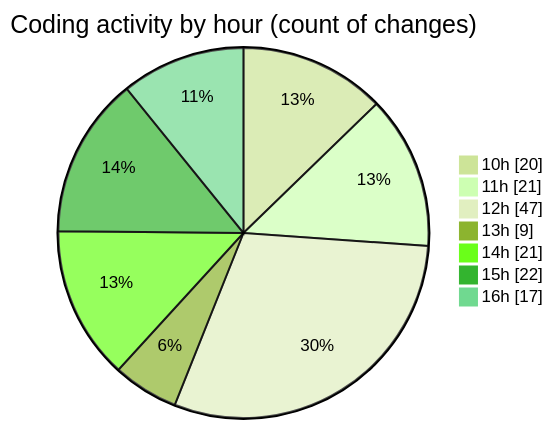
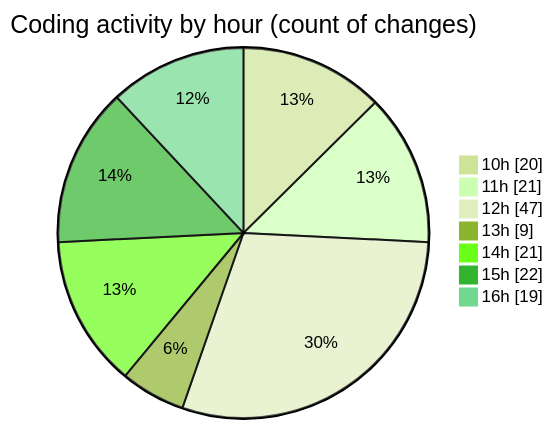
The second of 2 diagrams in 2025-05-20/cda/README.md (momahboobian/code-tracking), drawn with Mermaid (forest theme) before and after one commit. The commit also changed other lines of this file and 1 other file, not shown here.

````diff
--- a/2025-05-20/cda/README.md
+++ b/2025-05-20/cda/README.md
@@ -53,11 +53,11 @@
 ```mermaid
 pie showData
 title Coding activity by hour (count of changes)
 "10h" : 20
 "11h" : 21
 "12h" : 47
 "13h" : 9
 "14h" : 21
 "15h" : 22
-"16h" : 17
+"16h" : 19
 ```
````
